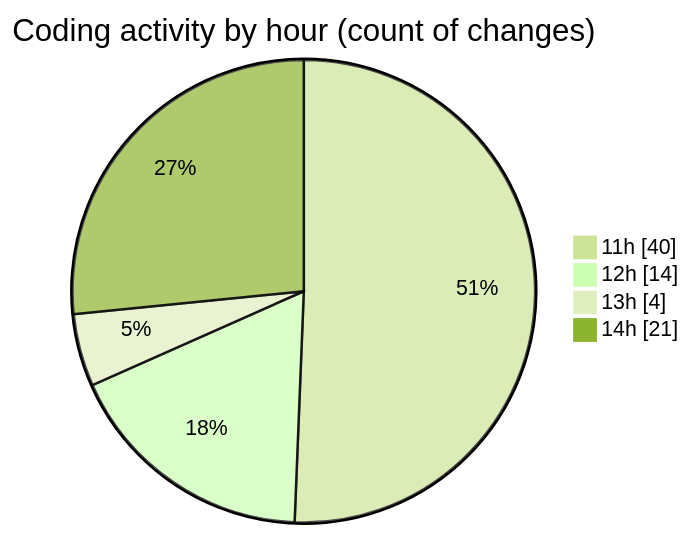
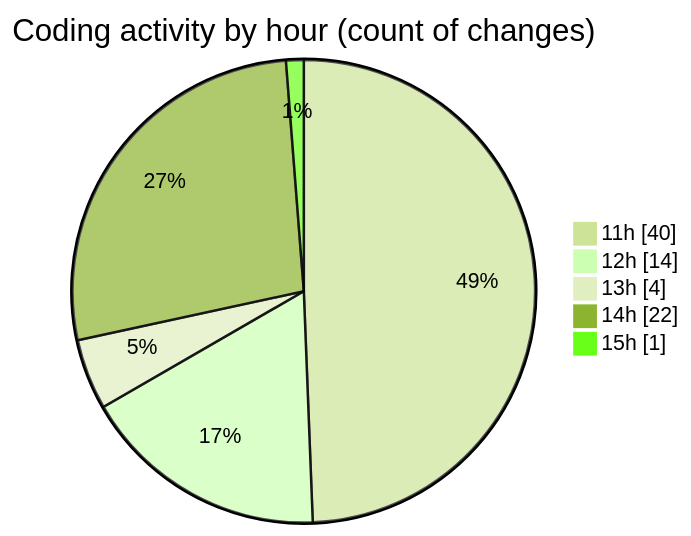
Before and after one commit to momahboobian/code-tracking: the second of 2 diagrams in 2026-03-27/cda/README.md, drawn with Mermaid (forest theme). The commit also changed other lines of this file and 1 other file, not shown here.

````diff
--- a/2026-03-27/cda/README.md
+++ b/2026-03-27/cda/README.md
@@ -44,8 +45,9 @@
 ```mermaid
 pie showData
 title Coding activity by hour (count of changes)
 "11h" : 40
 "12h" : 14
 "13h" : 4
-"14h" : 21
+"14h" : 22
+"15h" : 1
 ```
````
